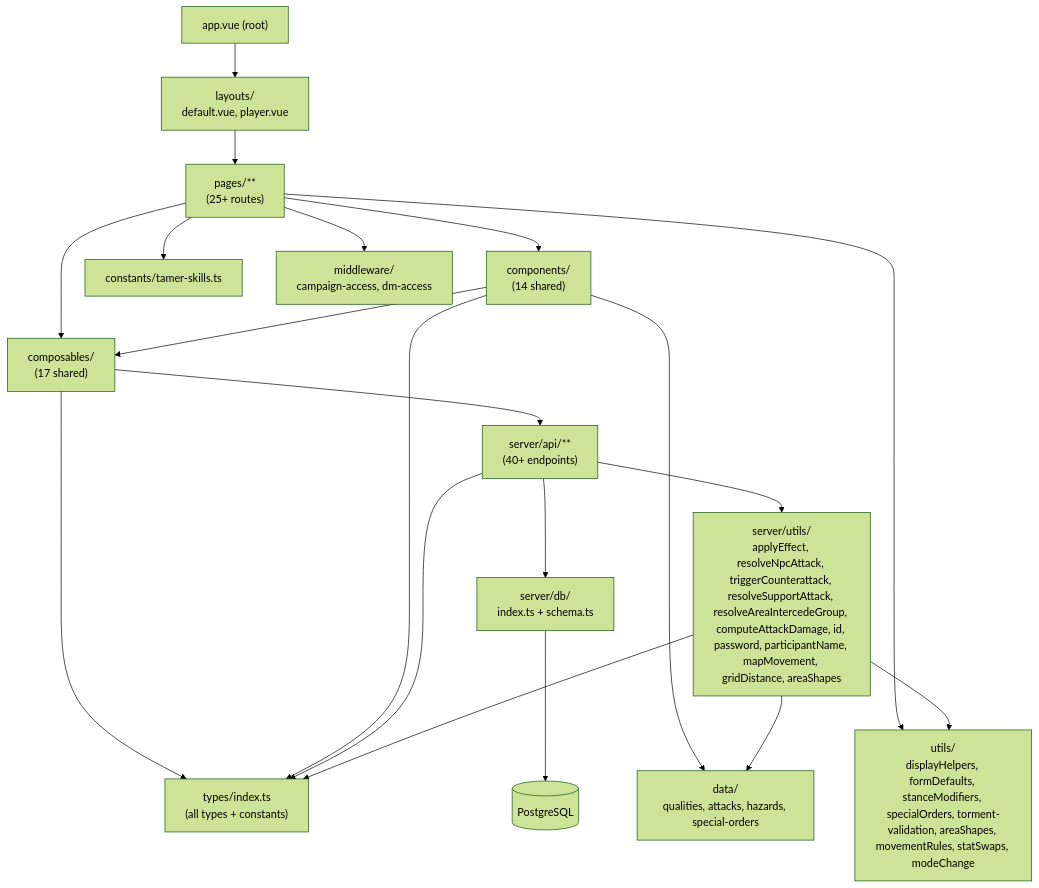
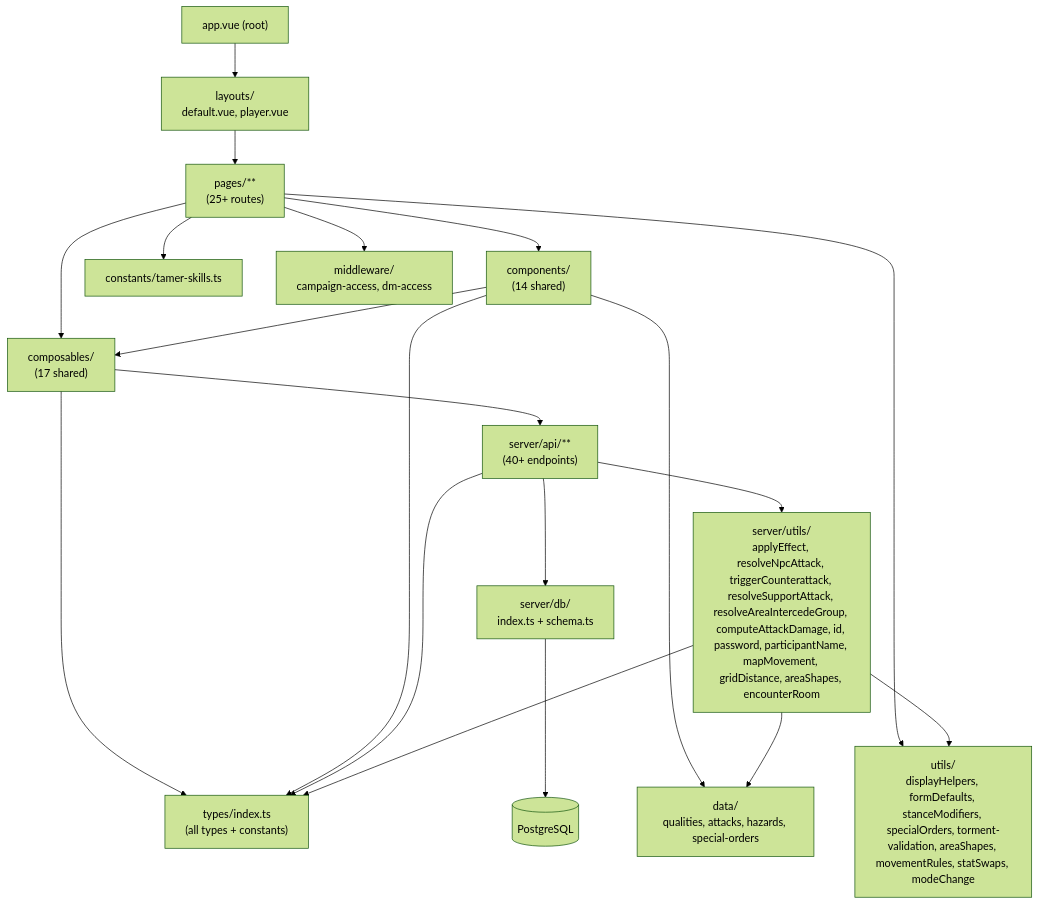
Before and after one commit to Eddy-Above/DDA-Tactics: the diagram in PROJECT_MAP.md, drawn with Mermaid (forest theme). The commit also changed other lines of this file and 13 other files, not shown here.

First line of the commit message:
fix: eliminate map position snap-back via authoritative in-memory RoomState

````diff
--- a/PROJECT_MAP.md
+++ b/PROJECT_MAP.md
@@ -543,36 +543,36 @@
 ```mermaid
 flowchart TD
     App["app.vue (root)"]
     Layouts["layouts/\ndefault.vue, player.vue"]
     Pages["pages/**\n(25+ routes)"]
     Components["components/\n(14 shared)"]
     Composables["composables/\n(17 shared)"]
     Types["types/index.ts\n(all types + constants)"]
     Data["data/\nqualities, attacks, hazards, special-orders"]
     Utils["utils/\ndisplayHelpers, formDefaults, stanceModifiers, specialOrders, torment-validation, areaShapes, movementRules, statSwaps, modeChange"]
     Constants["constants/tamer-skills.ts"]
     Middleware["middleware/\ncampaign-access, dm-access"]
     ServerAPI["server/api/**\n(40+ endpoints)"]
-    ServerUtils["server/utils/\napplyEffect, resolveNpcAttack, triggerCounterattack, resolveSupportAttack, resolveAreaIntercedeGroup, computeAttackDamage, id, password, participantName, mapMovement, gridDistance, areaShapes"]
+    ServerUtils["server/utils/\napplyEffect, resolveNpcAttack, triggerCounterattack, resolveSupportAttack, resolveAreaIntercedeGroup, computeAttackDamage, id, password, participantName, mapMovement, gridDistance, areaShapes, encounterRoom"]
     DB["server/db/\nindex.ts + schema.ts"]
     Postgres[("PostgreSQL")]
 
     App --> Layouts --> Pages
     Pages --> Components
     Pages --> Composables
     Components --> Composables
     Composables --> Types
     Composables --> ServerAPI
     Components --> Types
     Components --> Data
     Pages --> Middleware
     Pages --> Utils
     Pages --> Constants
     ServerAPI --> DB
     ServerAPI --> ServerUtils
     ServerAPI --> Types
     ServerUtils --> Types
     ServerUtils --> Data
     ServerUtils --> Utils
     DB --> Postgres
 ```
````
